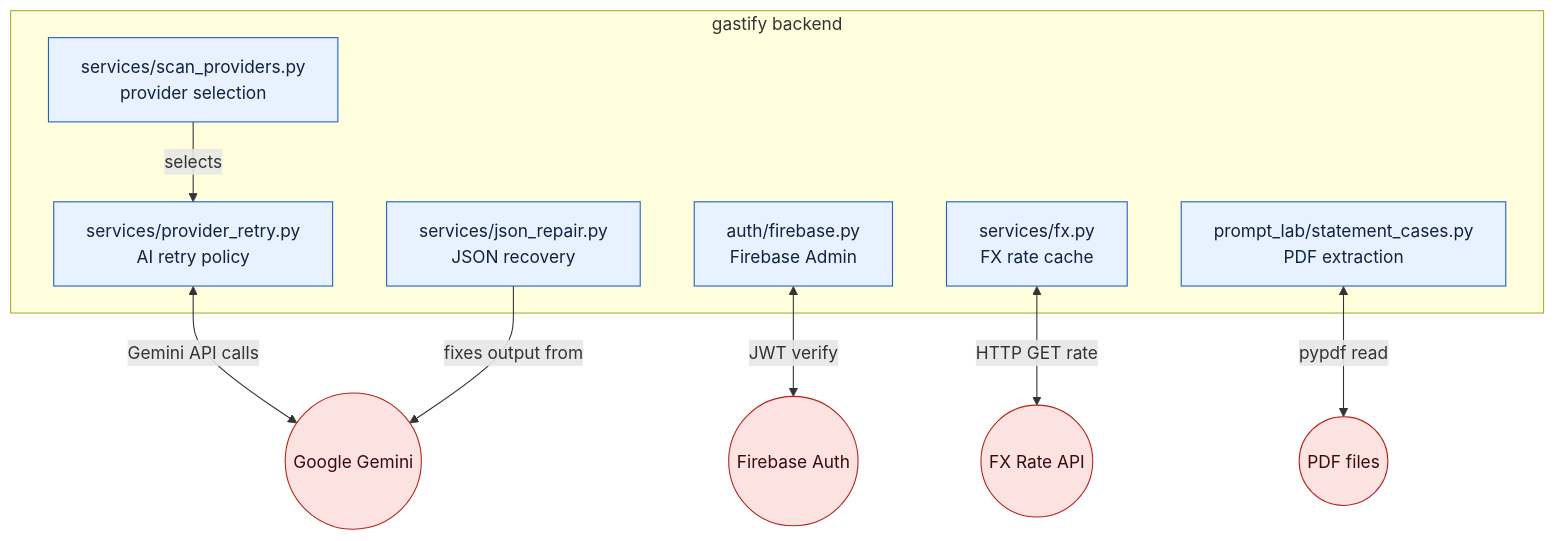
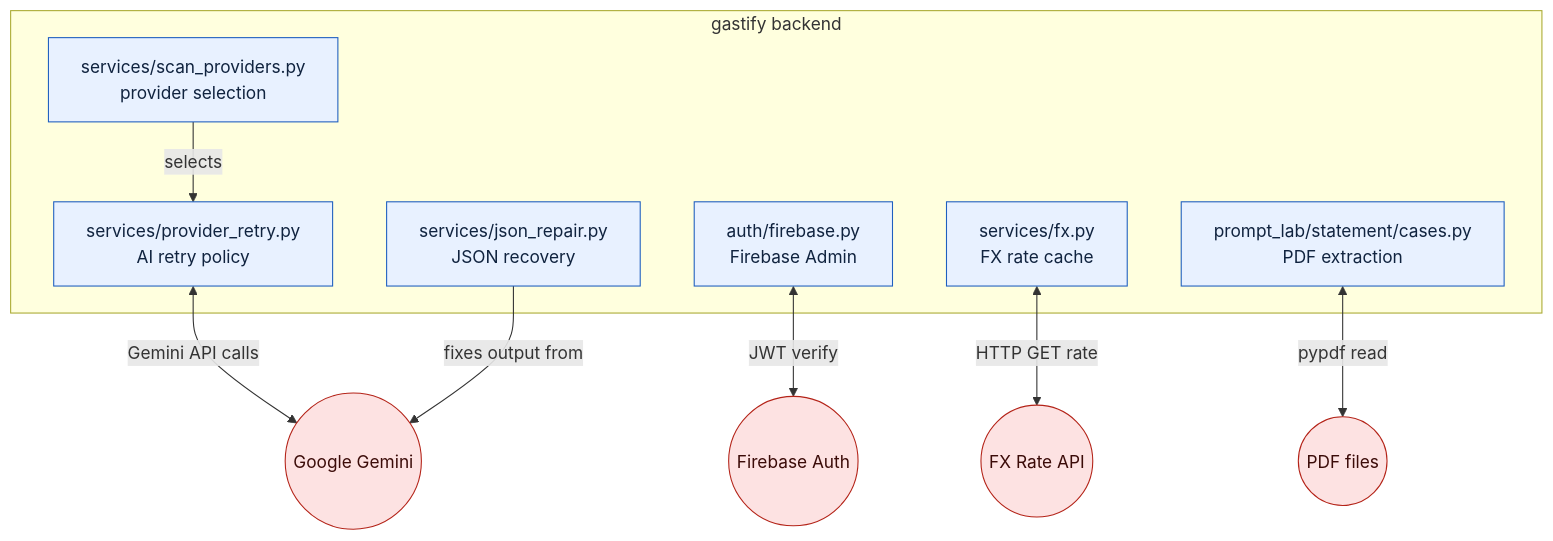
Before and after one commit to Brownbull/gastify: the first of 2 diagrams in docs/wells/5-integrations.md, drawn with Mermaid. The commit also changed other lines of this file and 105 other files, not shown here.

Commit message:
feat(statements): promote fallback prompt lab

````diff
--- a/docs/wells/5-integrations.md
+++ b/docs/wells/5-integrations.md
@@ -74,23 +80,23 @@
 ```mermaid
 flowchart TD
   subgraph gastify["gastify backend"]
     fb["auth/firebase.py<br/>Firebase Admin"]
     fx["services/fx.py<br/>FX rate cache"]
     retry["services/provider_retry.py<br/>AI retry policy"]
     providers["services/scan_providers.py<br/>provider selection"]
     repair["services/json_repair.py<br/>JSON recovery"]
-    pdf["prompt_lab/statement_cases.py<br/>PDF extraction"]
+    pdf["prompt_lab/statement/cases.py<br/>PDF extraction"]
   end
 
   fb <-->|"JWT verify"| firebase_ext(("Firebase Auth"))
   fx <-->|"HTTP GET rate"| fx_ext(("FX Rate API"))
   retry <-->|"Gemini API calls"| gemini_ext(("Google Gemini"))
   providers -->|"selects"| retry
   repair -->|"fixes output from"| gemini_ext
   pdf <-->|"pypdf read"| pdf_ext(("PDF files"))
 
   classDef internal fill:#e8f1ff,stroke:#1f5fbf,color:#10233f;
   classDef external fill:#fde2e2,stroke:#b42318,color:#3b0b08;
   class fb,fx,retry,providers,repair,pdf internal;
   class firebase_ext,fx_ext,gemini_ext,pdf_ext external;
 ```
````
